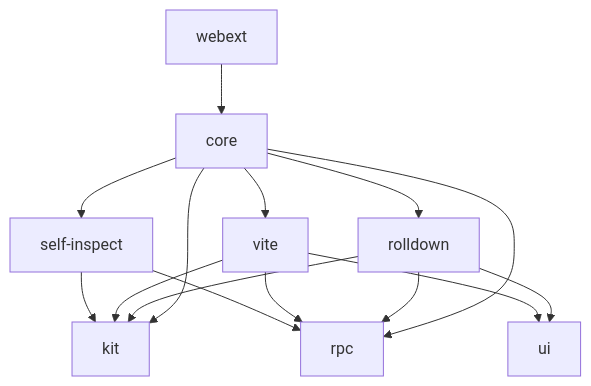
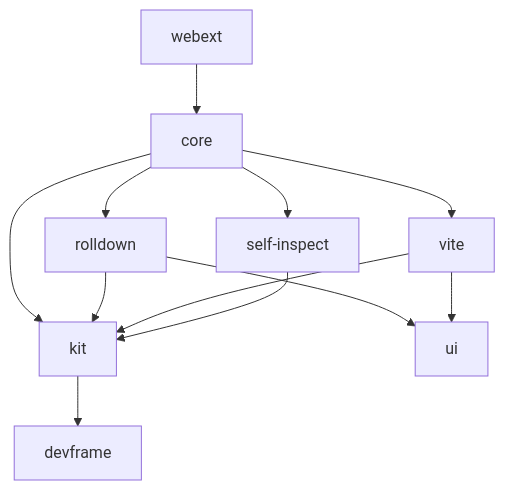
The diagram in AGENTS.md (vitejs/devtools), drawn with Mermaid before and after one commit. The commit also changed other lines of this file and 404 other files, not shown here.

````diff
--- a/AGENTS.md
+++ b/AGENTS.md
@@ -24,9 +24,10 @@
 ```mermaid
 flowchart TD
-  core["core"] --> kit & rpc
+  kit --> devframe
+  core --> kit
   core --> rolldown & vite & self-inspect
-  rolldown --> kit & rpc & ui
-  vite --> kit & rpc & ui
-  self-inspect --> kit & rpc
+  rolldown --> kit & ui
+  vite --> kit & ui
+  self-inspect --> kit
   webext --> core
 ```
````
